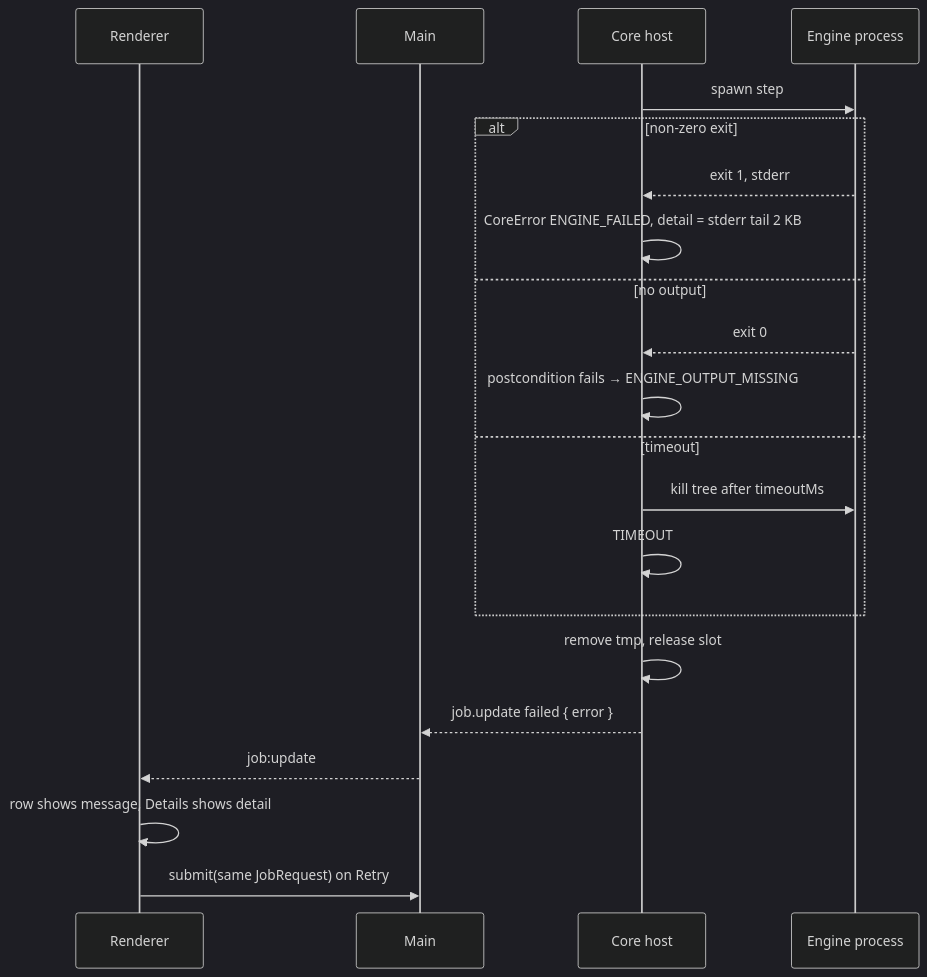
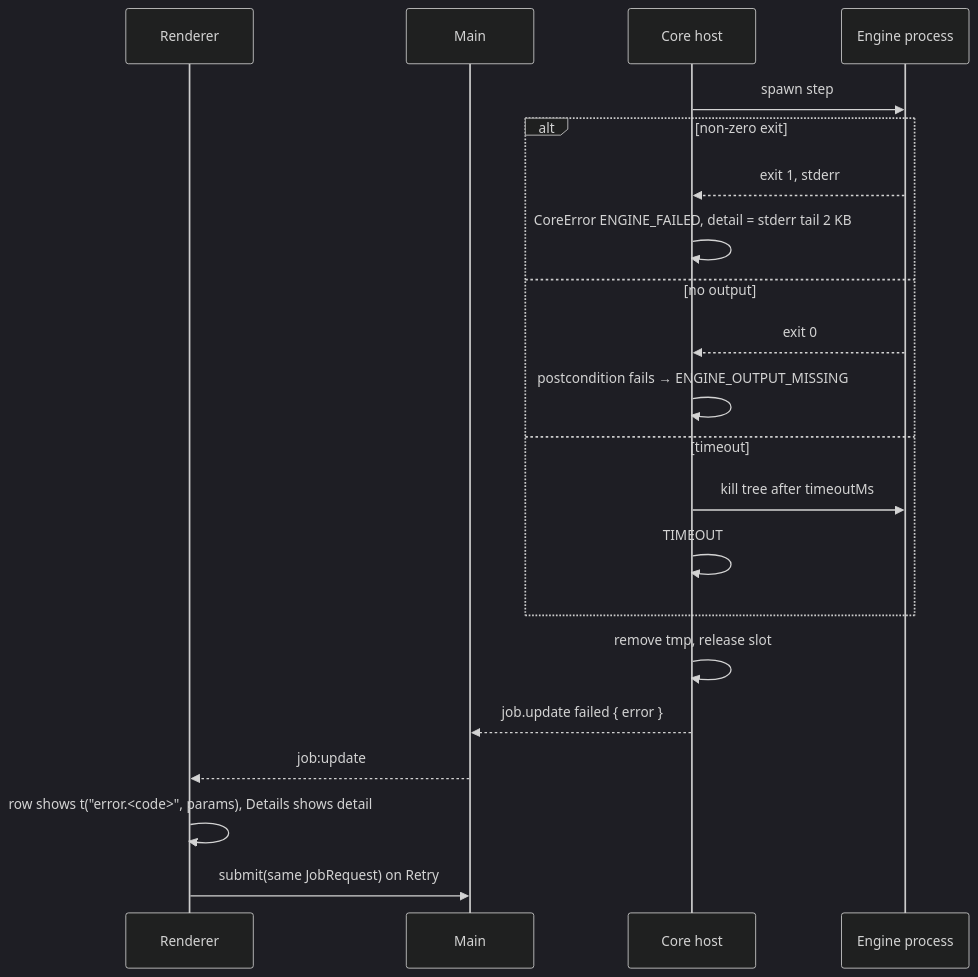
Before and after one commit to Anuragvish22/FileCon: diagram 12 of 19 in docs/FLOWS.md, drawn with Mermaid (dark theme). The commit also changed other lines of this file and 25 other files, not shown here.

````diff
--- a/docs/FLOWS.md
+++ b/docs/FLOWS.md
@@ -314,23 +314,23 @@
 ```mermaid
 sequenceDiagram
   participant Renderer
   participant Main
   participant Core as Core host
   participant Engine as Engine process
   Core->>Engine: spawn step
   alt non-zero exit
     Engine-->>Core: exit 1, stderr
     Core->>Core: CoreError ENGINE_FAILED, detail = stderr tail 2 KB
   else no output
     Engine-->>Core: exit 0
     Core->>Core: postcondition fails → ENGINE_OUTPUT_MISSING
   else timeout
     Core->>Engine: kill tree after timeoutMs
     Core->>Core: TIMEOUT
   end
   Core->>Core: remove tmp, release slot
   Core-->>Main: job.update failed { error }
   Main-->>Renderer: job:update
-  Renderer->>Renderer: row shows message, Details shows detail
+  Renderer->>Renderer: row shows t("error.<code>", params), Details shows detail
   Renderer->>Main: submit(same JobRequest) on Retry
 ```
````
